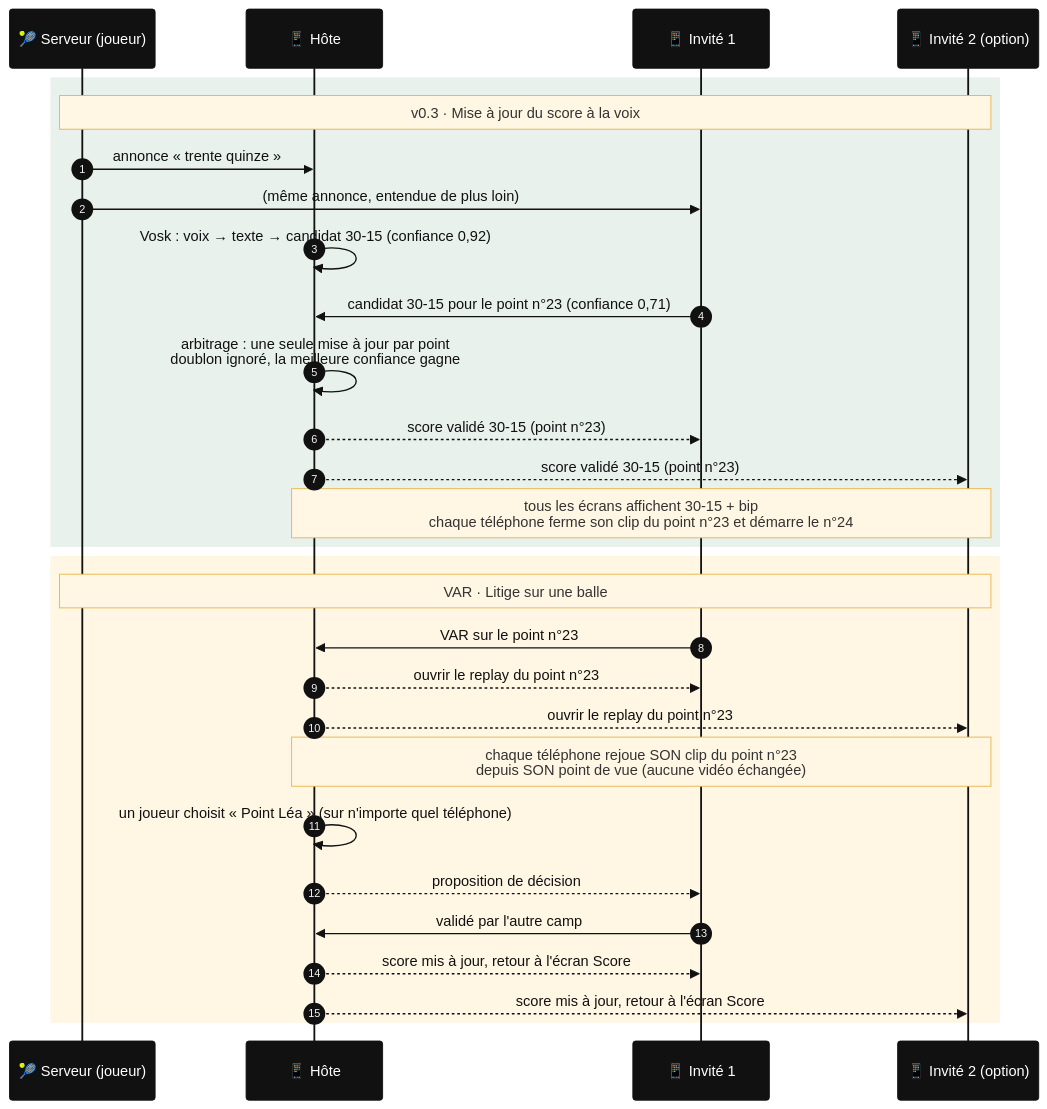
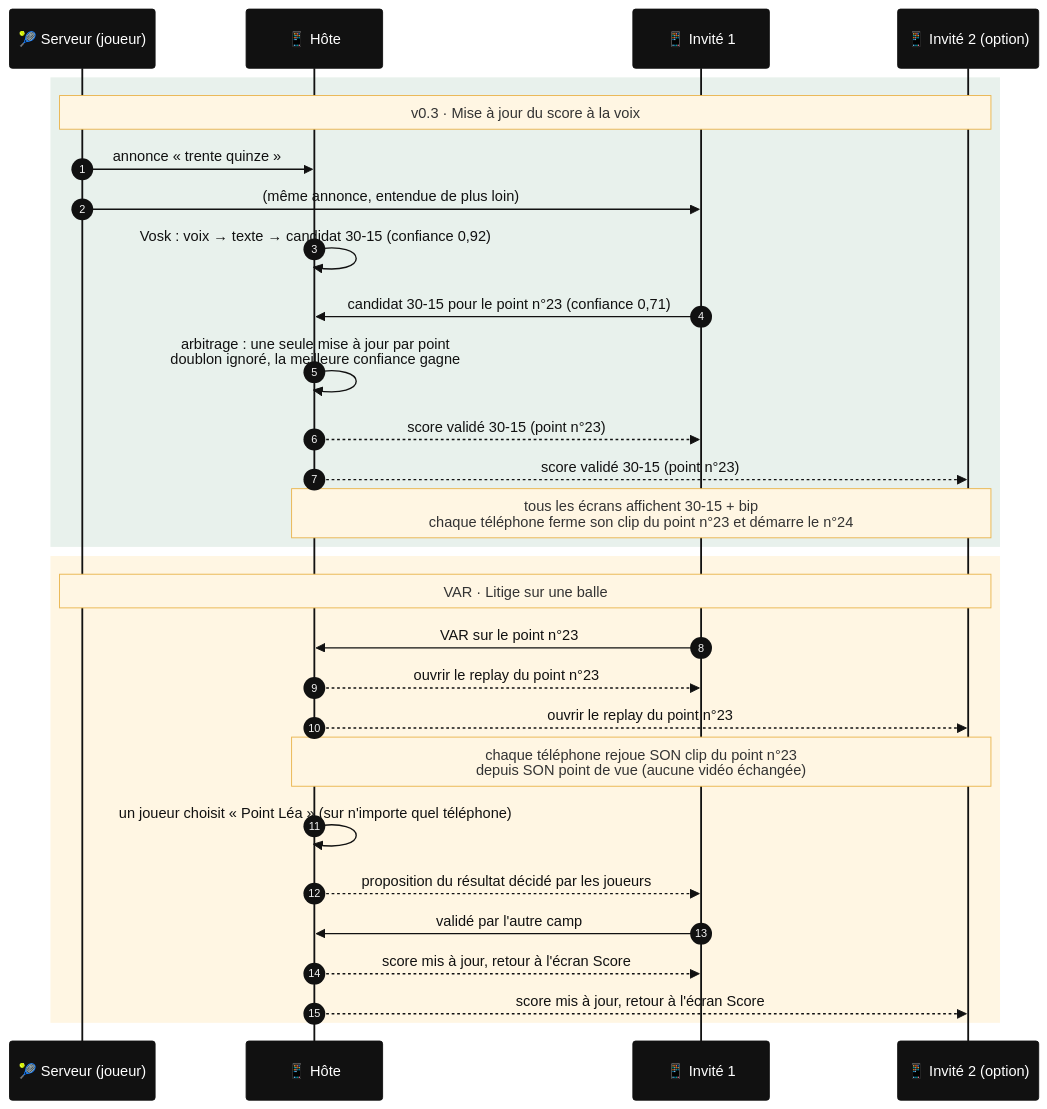
Before and after one commit to B0TAstro/temoin: the diagram in docs/schemas/synchro.mmd, drawn with Mermaid. The commit also changed 10 other files, not shown here.

```diff
--- a/docs/schemas/synchro.mmd
+++ b/docs/schemas/synchro.mmd
@@ -1,32 +1,32 @@
 %%{init: {'theme':'base','themeVariables':{'fontFamily':'Helvetica, Arial','fontSize':'15px','actorBkg':'#111111','actorTextColor':'#FFFFFF','actorBorder':'#111111','noteBkgColor':'#FFF6E3','noteBorderColor':'#E9B44C','signalColor':'#111111','signalTextColor':'#111111','labelBoxBkgColor':'#E8F1EC','labelBoxBorderColor':'#3E7A57'}}}%%
 sequenceDiagram
   autonumber
   participant S as 🎾 Serveur (joueur)
   participant H as 📱 Hôte
   participant I1 as 📱 Invité 1
   participant I2 as 📱 Invité 2 (option)
 
   rect rgb(232,241,236)
   Note over S,I2: v0.3 · Mise à jour du score à la voix
   S->>H: annonce « trente quinze »
   S->>I1: (même annonce, entendue de plus loin)
   H->>H: Vosk : voix → texte → candidat 30-15 (confiance 0,92)
   I1->>H: candidat 30-15 pour le point n°23 (confiance 0,71)
   H->>H: arbitrage : une seule mise à jour par point<br/>doublon ignoré, la meilleure confiance gagne
   H-->>I1: score validé 30-15 (point n°23)
   H-->>I2: score validé 30-15 (point n°23)
   Note over H,I2: tous les écrans affichent 30-15 + bip<br/>chaque téléphone ferme son clip du point n°23 et démarre le n°24
   end
 
   rect rgb(255,246,227)
   Note over S,I2: VAR · Litige sur une balle
   I1->>H: VAR sur le point n°23
   H-->>I1: ouvrir le replay du point n°23
   H-->>I2: ouvrir le replay du point n°23
   Note over H,I2: chaque téléphone rejoue SON clip du point n°23<br/>depuis SON point de vue (aucune vidéo échangée)
   H->>H: un joueur choisit « Point Léa » (sur n'importe quel téléphone)
-  H-->>I1: proposition de décision
+  H-->>I1: proposition du résultat décidé par les joueurs
   I1->>H: validé par l'autre camp
   H-->>I1: score mis à jour, retour à l'écran Score
   H-->>I2: score mis à jour, retour à l'écran Score
   end
```
